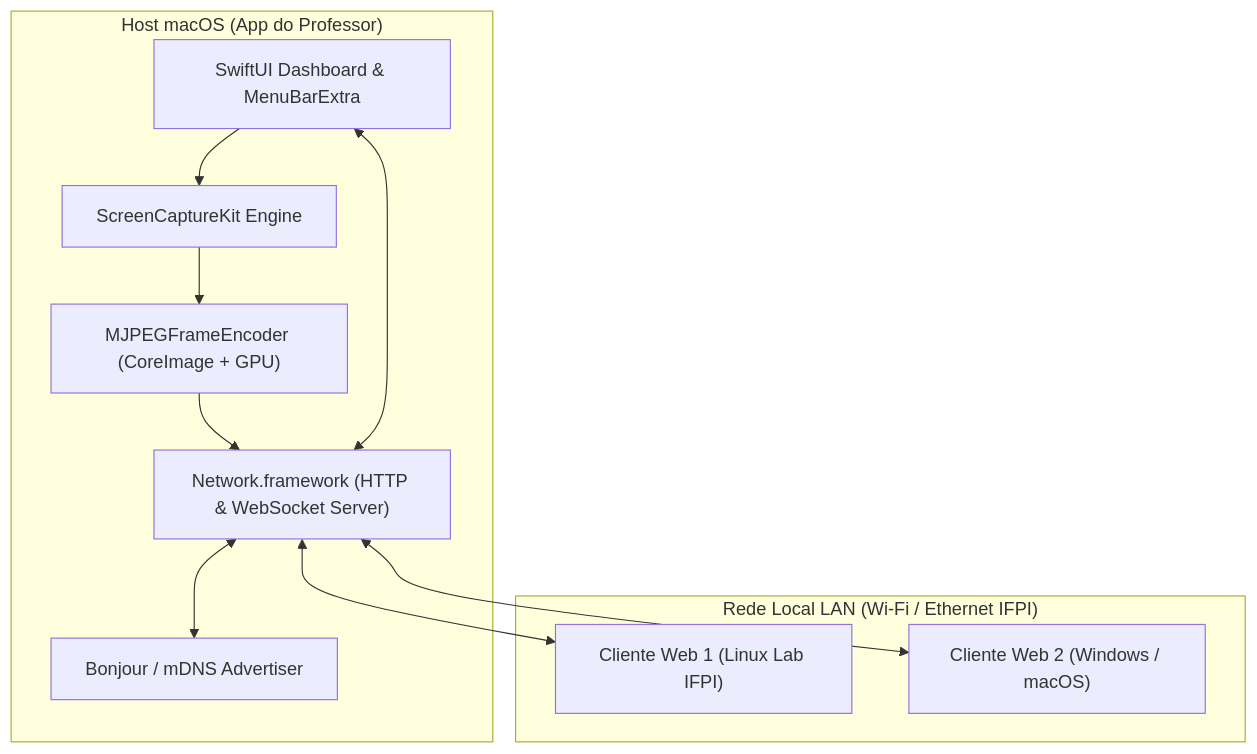
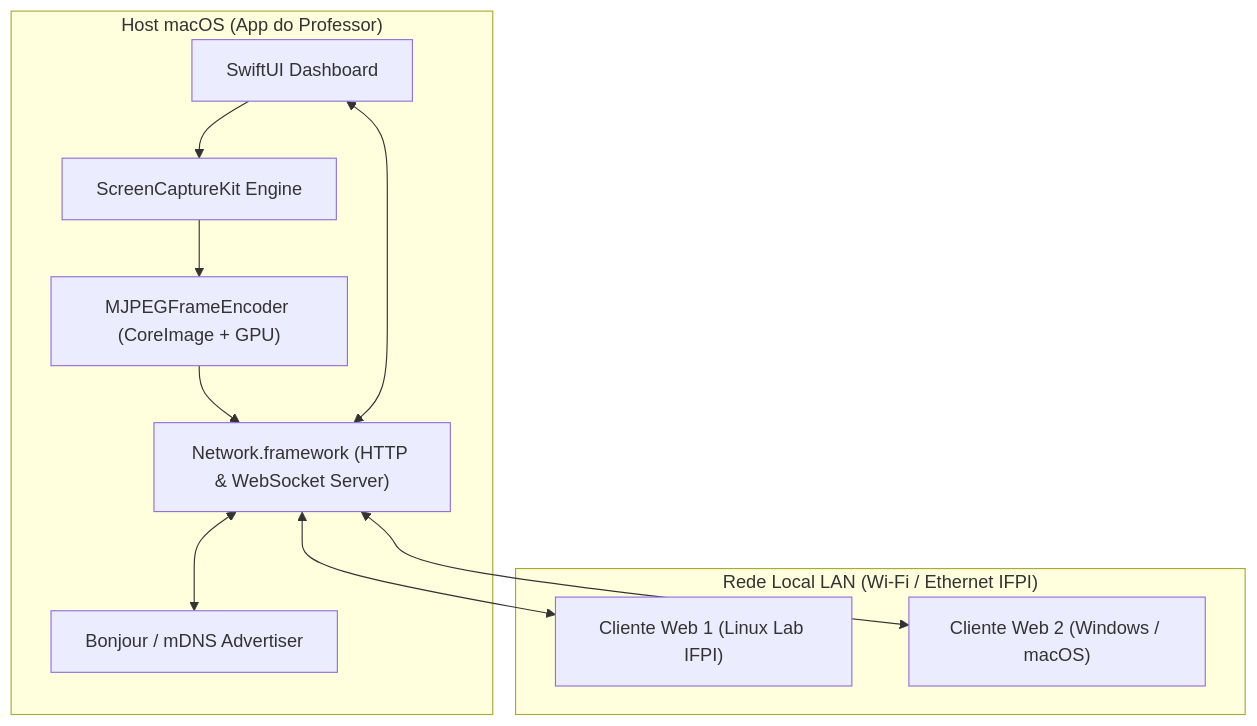
Before and after one commit to watusalen/aulacast: the first of 2 diagrams in docs/04-arquitetura-e-design.md, drawn with Mermaid. The commit also changed other lines of this file and 31 other files, not shown here.

````diff
--- a/docs/04-arquitetura-e-design.md
+++ b/docs/04-arquitetura-e-design.md
@@ -10,24 +10,24 @@
 ```mermaid
 flowchart TB
     subgraph Host["Host macOS (App do Professor)"]
-        UI["SwiftUI Dashboard & MenuBarExtra"]
+        UI["SwiftUI Dashboard"]
         SCK["ScreenCaptureKit Engine"]
         ENC["MJPEGFrameEncoder (CoreImage + GPU)"]
         NET["Network.framework (HTTP & WebSocket Server)"]
         MDNS["Bonjour / mDNS Advertiser"]
 
         UI --> SCK
         SCK --> ENC
         ENC --> NET
         UI <--> NET
         NET <--> MDNS
     end
 
     subgraph LAN["Rede Local LAN (Wi-Fi / Ethernet IFPI)"]
         WS1["Cliente Web 1 (Linux Lab IFPI)"]
         WS2["Cliente Web 2 (Windows / macOS)"]
     end
 
     NET <--> WS1
     NET <--> WS2
 ```
````
